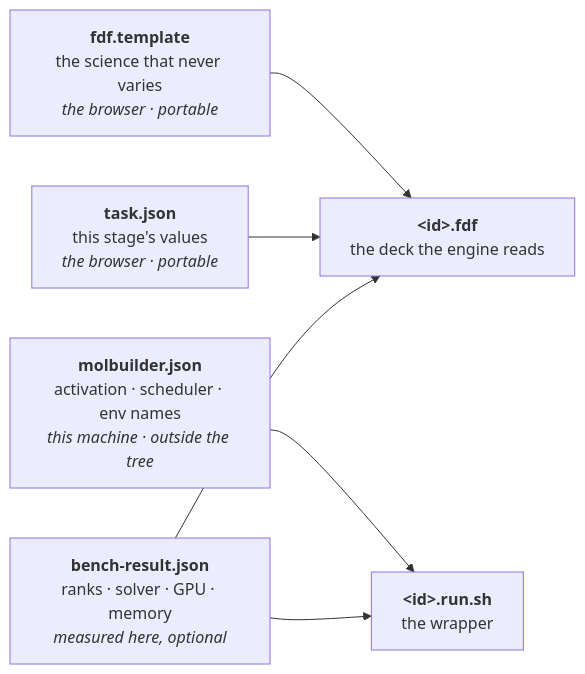
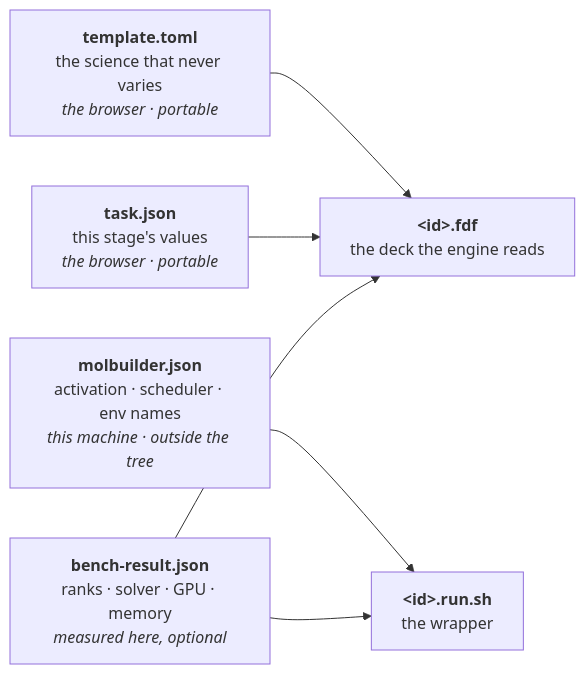
One commit to Qing-LAB/molbuilder changed the fourth of 10 diagrams in docs/execution/project-layout.md. Above: the diagram before and after it, drawn with Mermaid. The commit also changed other lines of this file and 16 other files, not shown here.

First line of the commit message:
docs(template): the template gets its own contract, in engines/, and stops being an .fdf

````diff
--- a/docs/execution/project-layout.md
+++ b/docs/execution/project-layout.md
@@ -500,14 +500,14 @@
 ```mermaid
 flowchart LR
-    T["<b>fdf.template</b><br/>the science that never varies<br/><i>the browser · portable</i>"]
+    T["<b>template.toml</b><br/>the science that never varies<br/><i>the browser · portable</i>"]
     S["<b>task.json</b><br/>this stage's values<br/><i>the browser · portable</i>"]
     M["<b>molbuilder.json</b><br/>activation · scheduler · env names<br/><i>this machine · outside the tree</i>"]
     B["<b>bench-result.json</b><br/>ranks · solver · GPU · memory<br/><i>measured here, optional</i>"]
     D["<b>&lt;id&gt;.fdf</b><br/>the deck the engine reads"]
     W["<b>&lt;id&gt;.run.sh</b><br/>the wrapper"]
     T --> D
     S --> D
     M --> W
     B --> D
     B --> W
 ```
````
